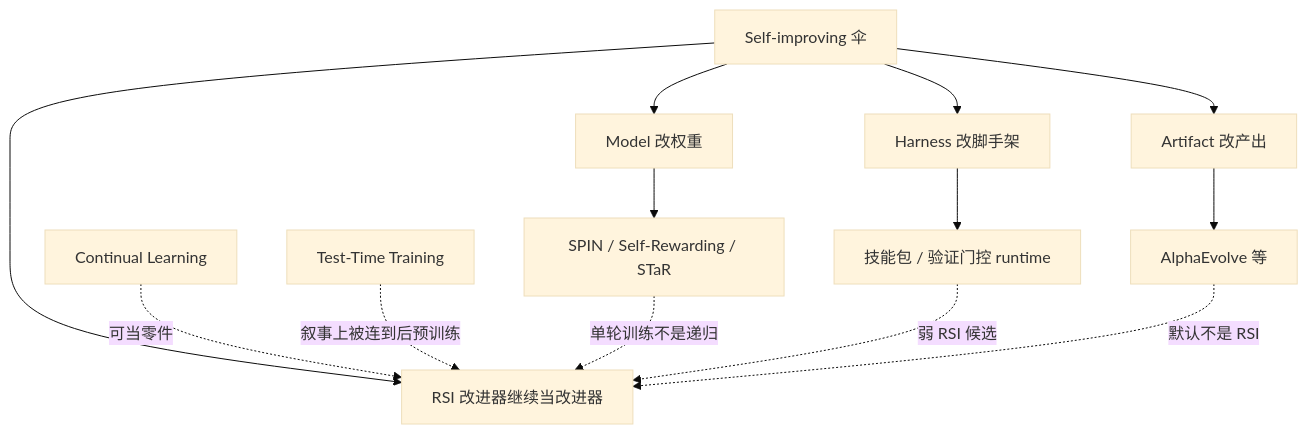
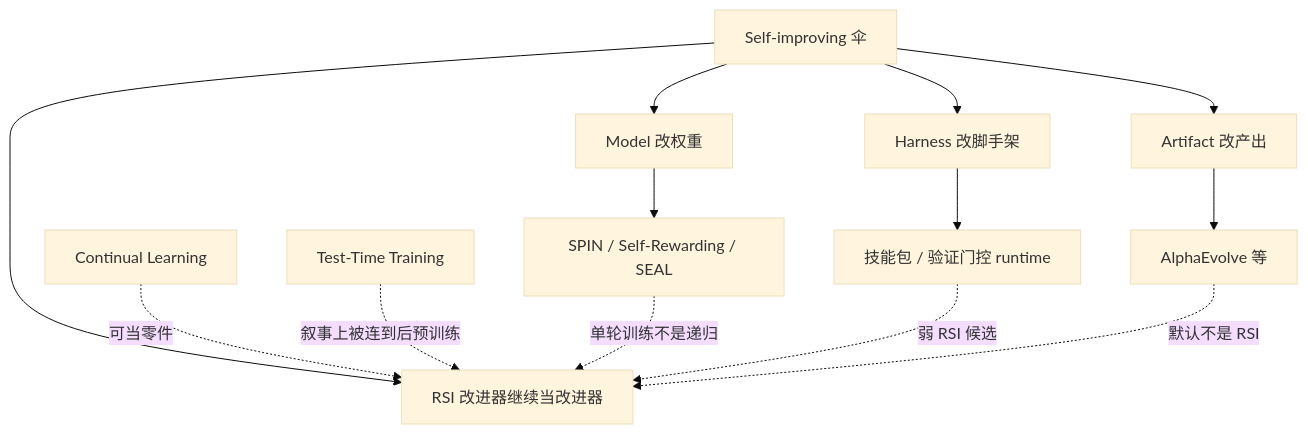
Before and after one commit to SingularGuyLeBorn/OasisMind: the diagram in content/rsi/1-坐标系与术语/01-RSI-术语辨析/01-RSI-术语辨析.md, drawn with Mermaid (base theme). The commit also changed 8 other files, not shown here.

First line of the commit message:
content(rsi): 入库 SEAL 专文与双环图

````diff
--- a/content/rsi/1-坐标系与术语/01-RSI-术语辨析/01-RSI-术语辨析.md
+++ b/content/rsi/1-坐标系与术语/01-RSI-术语辨析/01-RSI-术语辨析.md
@@ -36,18 +36,18 @@
 ```mermaid
 flowchart TB
   SI[Self-improving 伞]
   SI --> ART[Artifact 改产出]
   SI --> HAR[Harness 改脚手架]
   SI --> MOD[Model 改权重]
   SI --> RSI[RSI 改进器继续当改进器]
   CL[Continual Learning]
   TTT[Test-Time Training]
   CL -.->|可当零件| RSI
   TTT -.->|叙事上被连到后预训练| RSI
-  MOD --> SPIN[SPIN / Self-Rewarding / STaR]
+  MOD --> SPIN[SPIN / Self-Rewarding / SEAL]
   HAR --> SKILL[技能包 / 验证门控 runtime]
   ART --> AE[AlphaEvolve 等]
   SPIN -.->|单轮训练不是递归| RSI
   SKILL -.->|弱 RSI 候选| RSI
   AE -.->|默认不是 RSI| RSI
 ```
````
